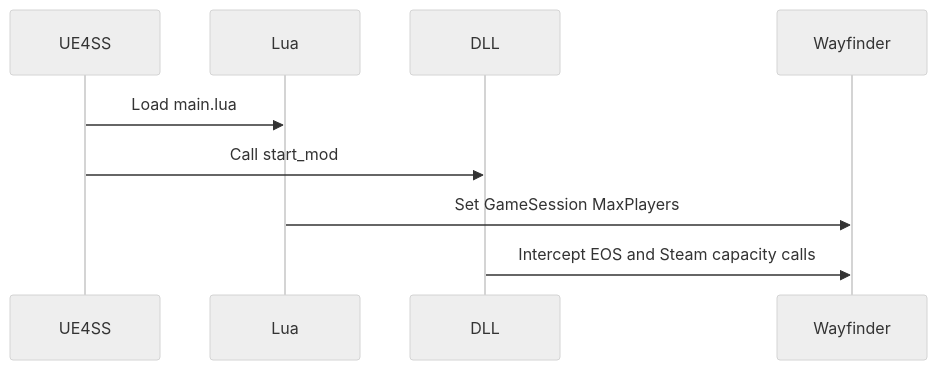
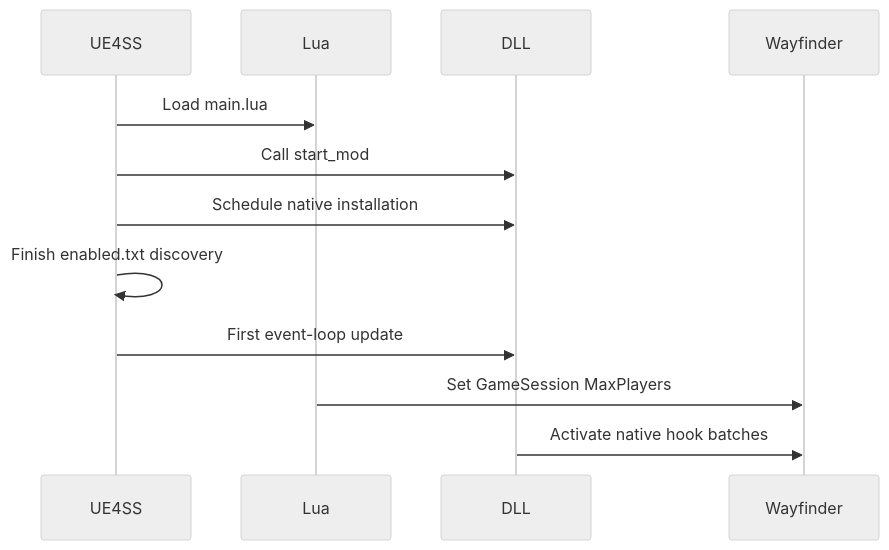
Before and after one commit to TheAngryByrd/Wayfinder-Mods: the diagram in lode/runtime/summary.md, drawn with Mermaid (neutral theme). The commit also changed other lines of this file and 7 other files, not shown here.

````diff
--- a/lode/runtime/summary.md
+++ b/lode/runtime/summary.md
@@ -6,11 +6,14 @@
 ```mermaid
 sequenceDiagram
     participant UE4SS
     participant Lua
     participant DLL
     participant Game as Wayfinder
     UE4SS->>Lua: Load main.lua
     UE4SS->>DLL: Call start_mod
+    UE4SS->>DLL: Schedule native installation
+    UE4SS->>UE4SS: Finish enabled.txt discovery
+    UE4SS->>DLL: First event-loop update
     Lua->>Game: Set GameSession MaxPlayers
-    DLL->>Game: Intercept EOS and Steam capacity calls
+    DLL->>Game: Activate native hook batches
 ```
````
